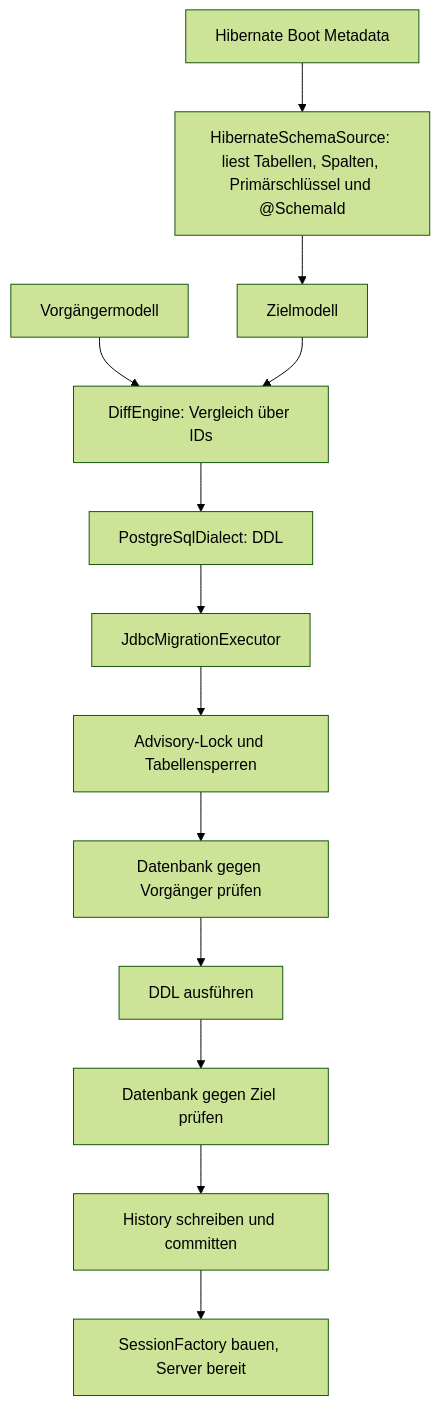
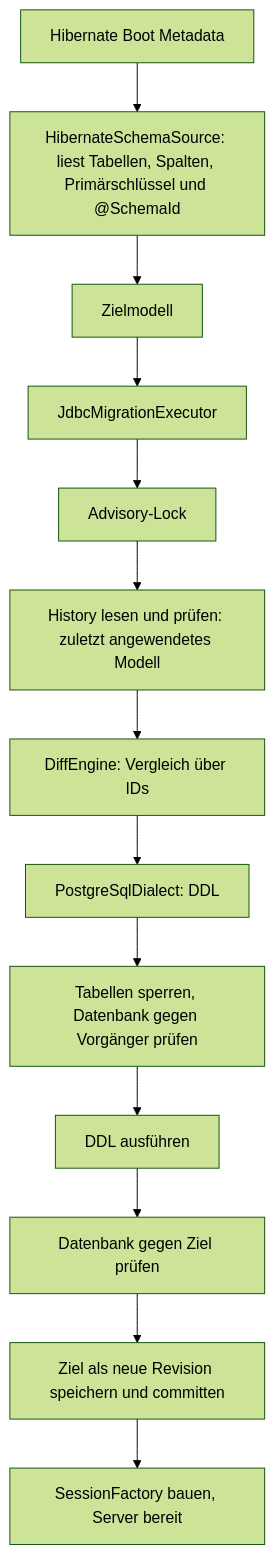
The diagram in docs/architecture.md (anjunar/hibernate-ddl-manager), drawn with Mermaid (forest theme) before and after one commit. The commit also changed other lines of this file and 12 other files, not shown here.

First line of the commit message:
Plan against the model stored in the schema history

````diff
--- a/docs/architecture.md
+++ b/docs/architecture.md
@@ -9,15 +9,15 @@
 ```mermaid
 flowchart TD
     H[Hibernate Boot Metadata] --> R[HibernateSchemaSource: liest Tabellen, Spalten, Primärschlüssel und @SchemaId]
     R --> D[Zielmodell]
-    P[Vorgängermodell] --> DIFF[DiffEngine: Vergleich über IDs]
-    D --> DIFF
+    D --> EX[JdbcMigrationExecutor]
+    EX --> LOCK[Advisory-Lock]
+    LOCK --> HIST[History lesen und prüfen: zuletzt angewendetes Modell]
+    HIST --> DIFF[DiffEngine: Vergleich über IDs]
     DIFF --> SQL[PostgreSqlDialect: DDL]
-    SQL --> EX[JdbcMigrationExecutor]
-    EX --> LOCK[Advisory-Lock und Tabellensperren]
-    LOCK --> PRE[Datenbank gegen Vorgänger prüfen]
+    SQL --> PRE[Tabellen sperren, Datenbank gegen Vorgänger prüfen]
     PRE --> DDL[DDL ausführen]
     DDL --> POST[Datenbank gegen Ziel prüfen]
-    POST --> HIST[History schreiben und committen]
-    HIST --> SF[SessionFactory bauen, Server bereit]
+    POST --> REC[Ziel als neue Revision speichern und committen]
+    REC --> SF[SessionFactory bauen, Server bereit]
 ```
````
